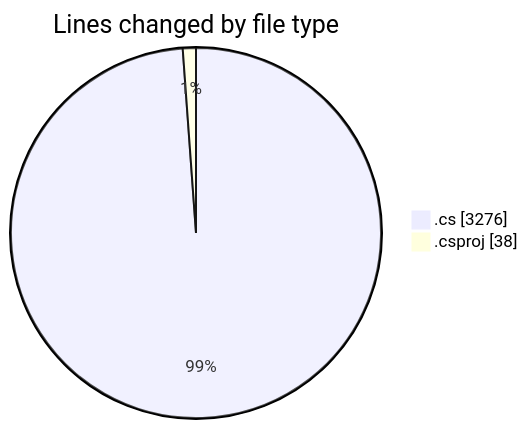
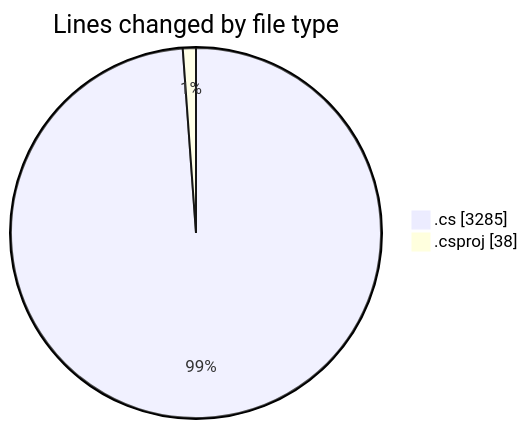
One commit to Netris89/code-tracking changed the first of 2 diagrams in 2025-04-03/back-end/README.md. Above: the diagram before and after it, drawn with Mermaid. The commit also changed other lines of this file and 1 other file, not shown here.

````diff
--- a/2025-04-03/back-end/README.md
+++ b/2025-04-03/back-end/README.md
@@ -61,6 +61,6 @@
 ```mermaid
 pie showData
 title Lines changed by file type
-".cs" : 3276
+".cs" : 3285
 ".csproj" : 38
 ```
````
